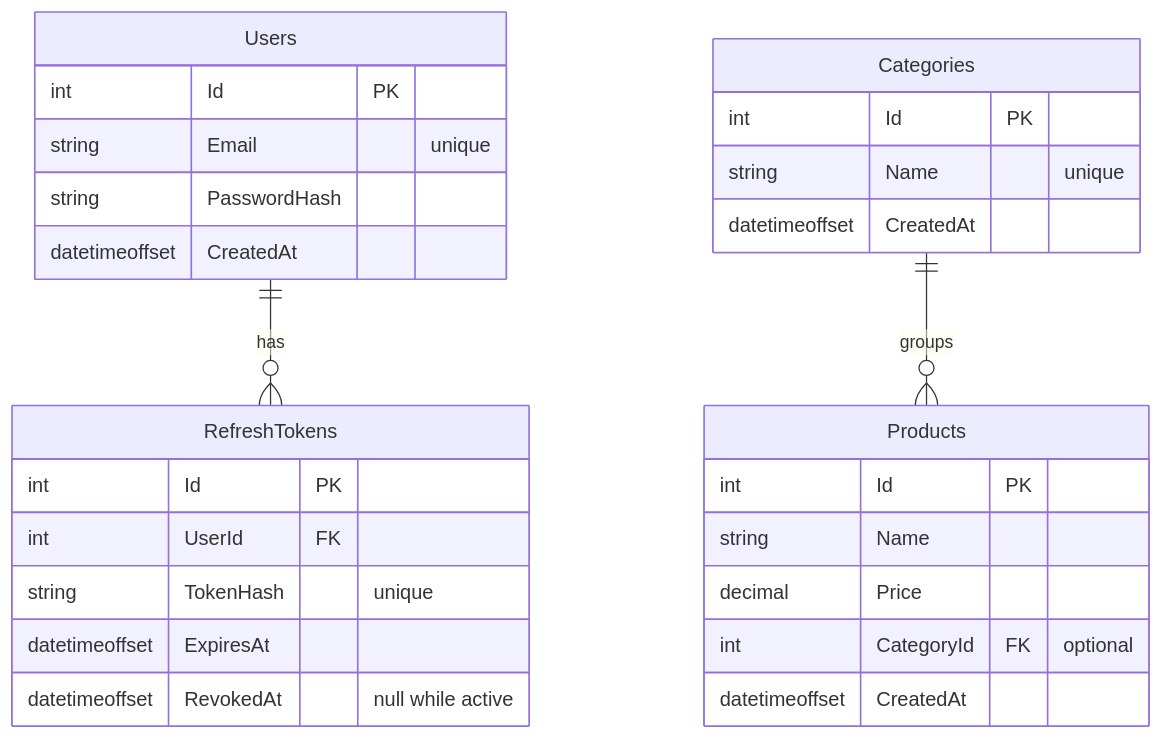
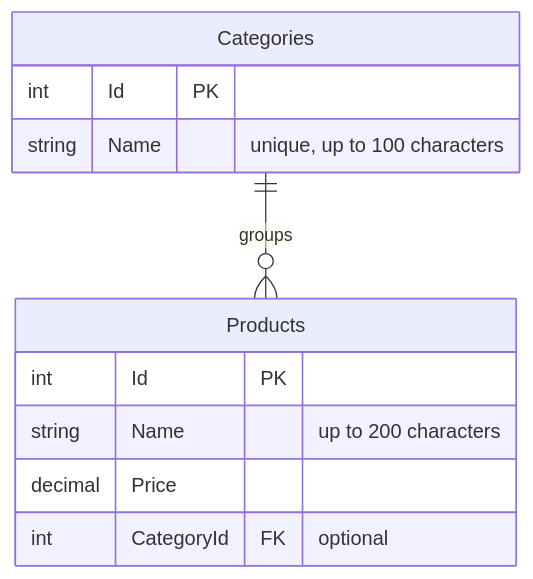
One commit to tngo0508/standard-minimal-webapi changed the second of 2 diagrams in README.md. Above: the diagram before and after it, drawn with Mermaid. The commit also changed other lines of this file and 23 other files, not shown here.

````diff
--- a/README.md
+++ b/README.md
@@ -375,31 +370,15 @@
 ```mermaid
 erDiagram
-    Users ||--o{ RefreshTokens : "has"
     Categories ||--o{ Products : "groups"
 
-    Users {
-        int Id PK
-        string Email "unique"
-        string PasswordHash
-        datetimeoffset CreatedAt
-    }
-    RefreshTokens {
-        int Id PK
-        int UserId FK
-        string TokenHash "unique"
-        datetimeoffset ExpiresAt
-        datetimeoffset RevokedAt "null while active"
-    }
     Categories {
         int Id PK
-        string Name "unique"
-        datetimeoffset CreatedAt
+        string Name "unique, up to 100 characters"
     }
     Products {
         int Id PK
-        string Name
+        string Name "up to 200 characters"
         decimal Price
         int CategoryId FK "optional"
-        datetimeoffset CreatedAt
     }
 ```
````
